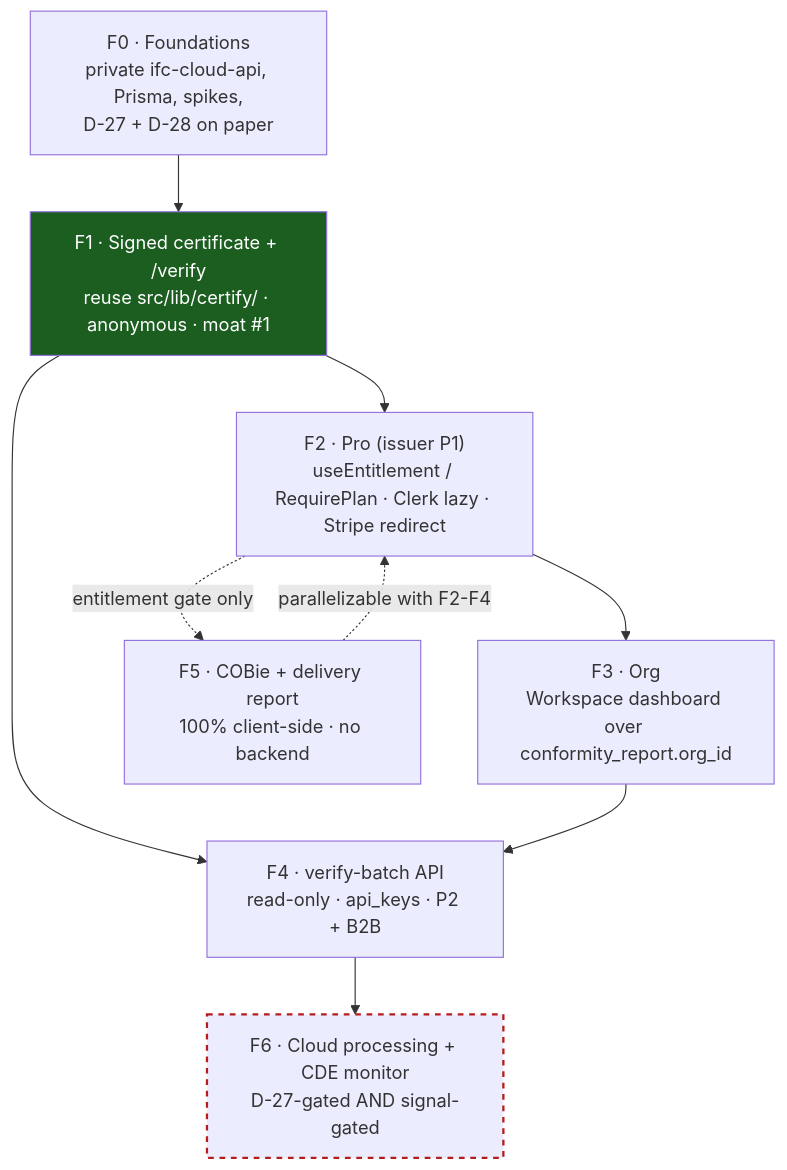
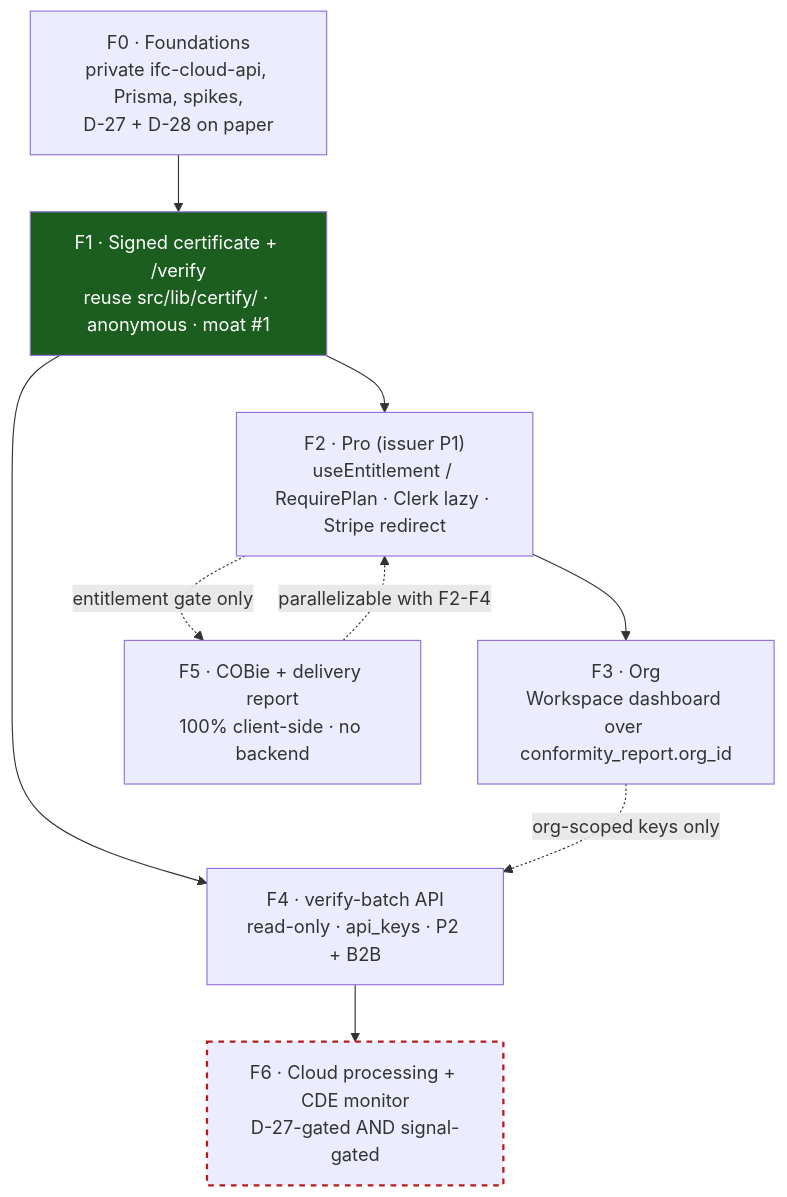
One commit to j03rul4nd/ifc-viewer-online changed the diagram in docs/CDE_ROADMAP.md. Above: the diagram before and after it, drawn with Mermaid. The commit also changed other lines of this file and 67 other files, not shown here.

````diff
--- a/docs/CDE_ROADMAP.md
+++ b/docs/CDE_ROADMAP.md
@@ -50,22 +57,22 @@
 ```mermaid
 graph TD
     F0["F0 · Foundations<br/>private ifc-cloud-api, Prisma, spikes,<br/>D-27 + D-28 on paper"]
     F1["F1 · Signed certificate + /verify<br/>reuse src/lib/certify/ · anonymous · moat #1"]
     F2["F2 · Pro (issuer P1)<br/>useEntitlement / RequirePlan · Clerk lazy · Stripe redirect"]
     F3["F3 · Org<br/>Workspace dashboard over conformity_report.org_id"]
     F4["F4 · verify-batch API<br/>read-only · api_keys · P2 + B2B"]
     F5["F5 · COBie + delivery report<br/>100% client-side · no backend"]
     F6["F6 · Cloud processing + CDE monitor<br/>D-27-gated AND signal-gated"]
 
     F0 --> F1
     F1 --> F2
     F2 --> F3
     F1 --> F4
     F2 -.entitlement gate only.-> F5
-    F3 --> F4
+    F3 -.org-scoped keys only.-> F4
     F4 --> F6
     F5 -.parallelizable with F2-F4.-> F2
 
     style F1 fill:#1b5e20,color:#fff
     style F6 stroke-dasharray: 5 5,stroke:#b71c1c,stroke-width:2px
 ```
````
